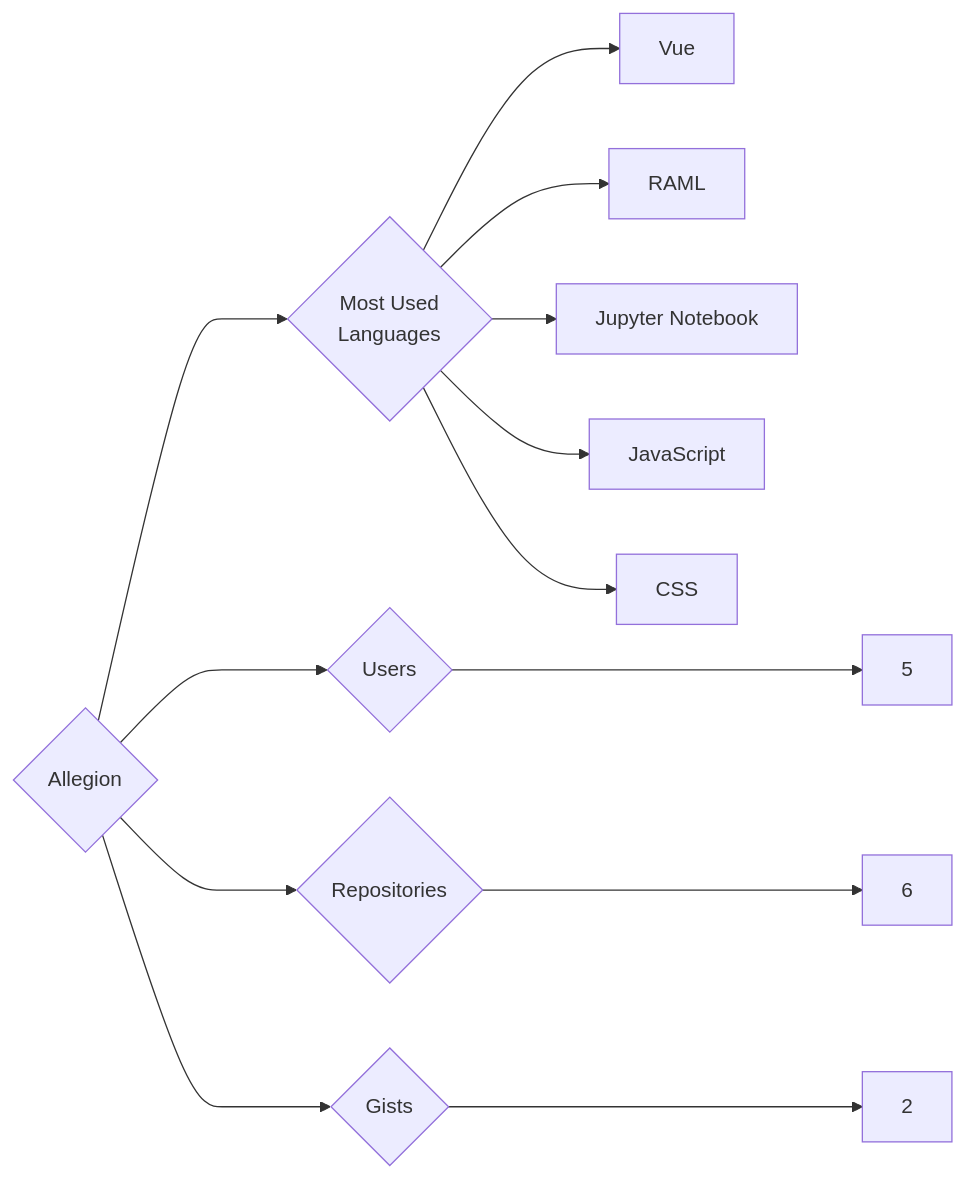
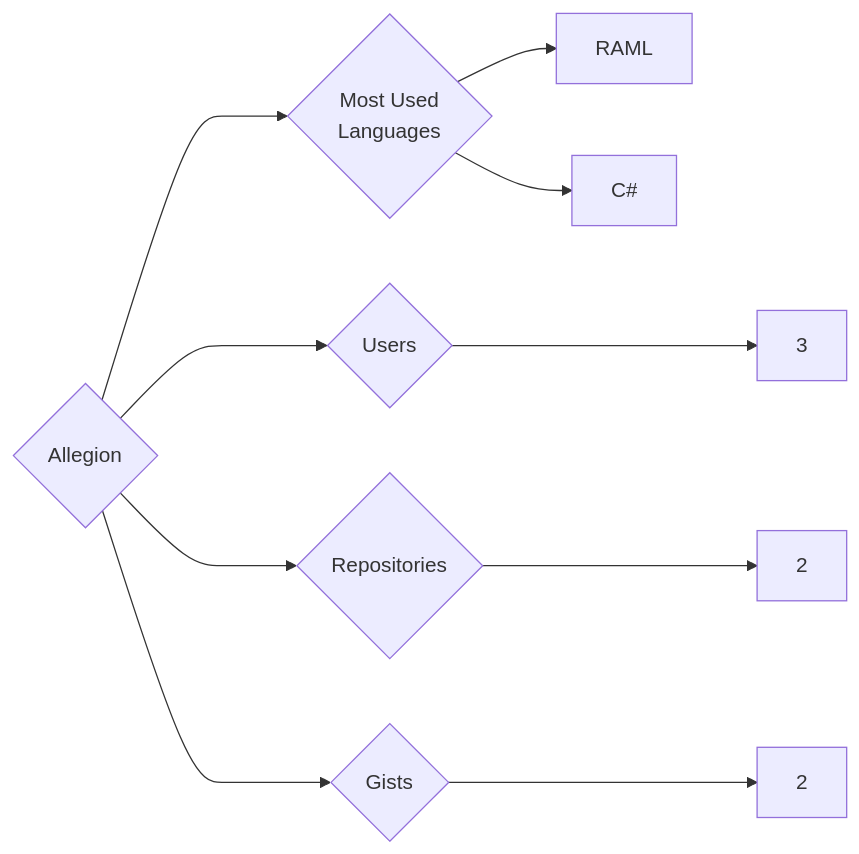
Before and after one commit to trickest/insiders: the diagram in targets/Allegion/README.md, drawn with Mermaid. The commit also changed 1036 other files, not shown here.

````diff
--- a/targets/Allegion/README.md
+++ b/targets/Allegion/README.md
@@ -3,13 +3,10 @@
 ```mermaid
 graph LR
 COMPANY_NAME{Allegion}
-COMPANY_NAME ---> U{Users} ---> UN[5]
-COMPANY_NAME ---> R{Repositories} ---> RN[6]
+COMPANY_NAME ---> U{Users} ---> UN[3]
+COMPANY_NAME ---> R{Repositories} ---> RN[2]
 COMPANY_NAME ---> G{Gists} ---> GN[2]
 COMPANY_NAME ---> ML{Most Used<br>Languages}
-ML --> Vue[Vue]
 ML --> RAML[RAML]
-ML --> Jupyter_Notebook[Jupyter Notebook]
-ML --> JavaScript[JavaScript]
-ML --> CSS[CSS]
+ML --> C#[C#]
 ```
````
